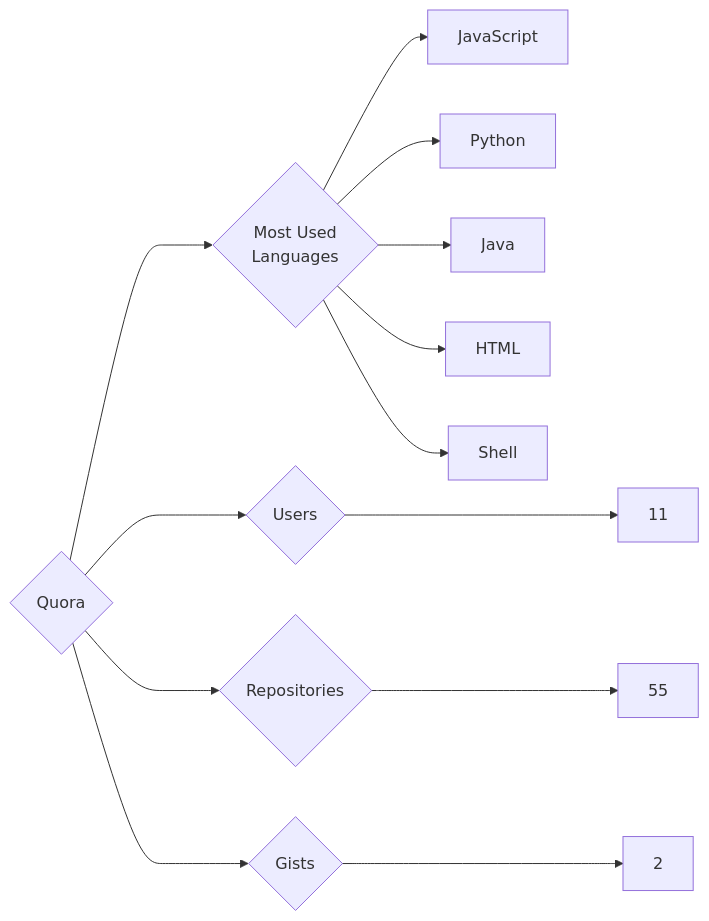
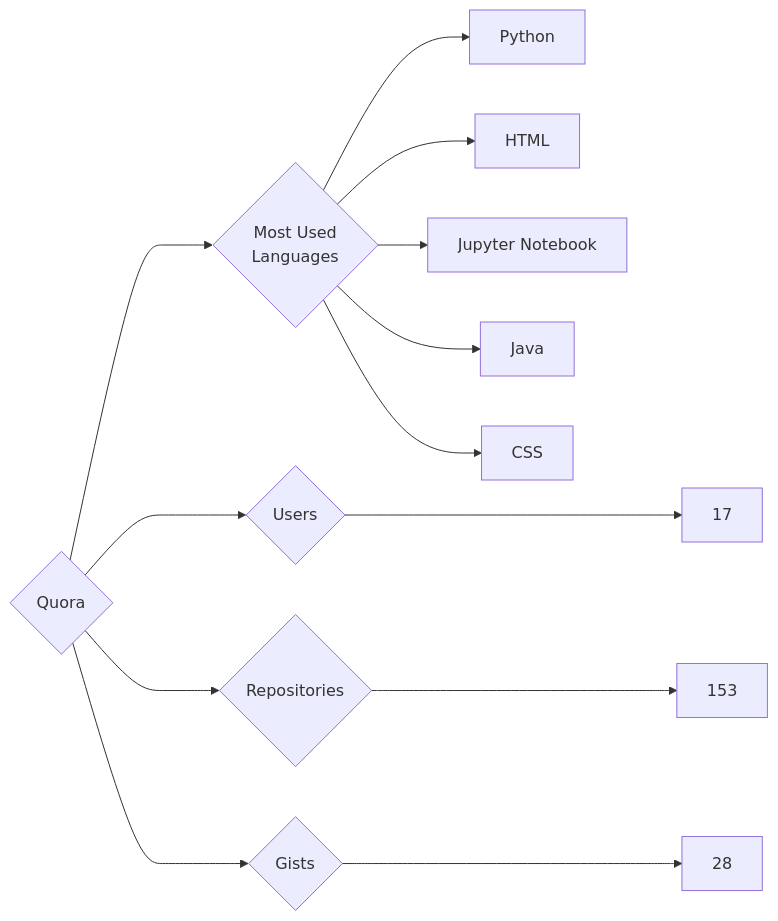
Before and after one commit to trickest/insiders: the diagram in targets/Quora/README.md, drawn with Mermaid. The commit also changed 870 other files, not shown here.

````diff
--- a/targets/Quora/README.md
+++ b/targets/Quora/README.md
@@ -3,13 +3,13 @@
 ```mermaid
 graph LR
 COMPANY_NAME{Quora}
-COMPANY_NAME ---> U{Users} ---> UN[11]
-COMPANY_NAME ---> R{Repositories} ---> RN[55]
-COMPANY_NAME ---> G{Gists} ---> GN[2]
+COMPANY_NAME ---> U{Users} ---> UN[17]
+COMPANY_NAME ---> R{Repositories} ---> RN[153]
+COMPANY_NAME ---> G{Gists} ---> GN[28]
 COMPANY_NAME ---> ML{Most Used<br>Languages}
-ML --> JavaScript[JavaScript]
 ML --> Python[Python]
+ML --> HTML[HTML]
+ML --> Jupyter_Notebook[Jupyter Notebook]
 ML --> Java[Java]
-ML --> HTML[HTML]
-ML --> Shell[Shell]
+ML --> CSS[CSS]
 ```
````
